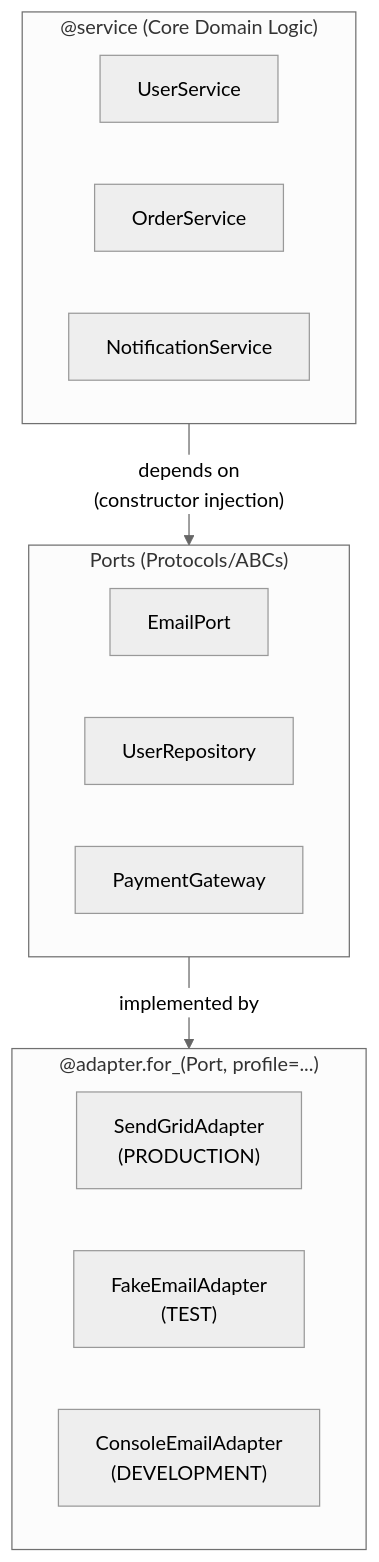
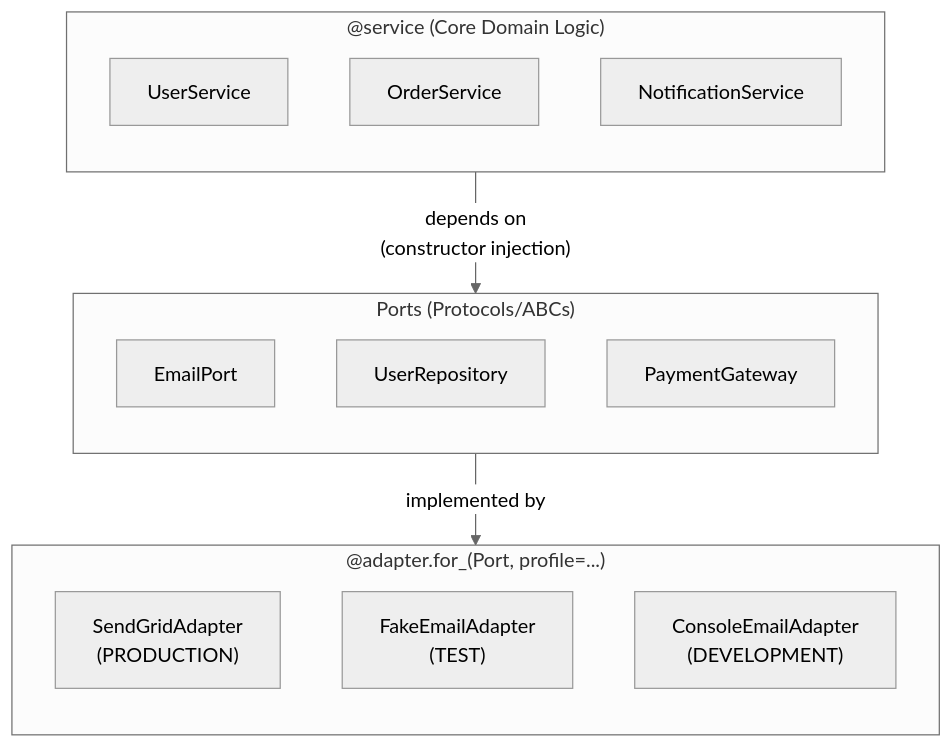
The diagram in docs/user_guide/hexagonal_architecture.md (mikelane/dioxide), drawn with Mermaid (neutral theme) before and after one commit. The commit also changed 2 other files, not shown here.

Commit message:
docs: replace broken ASCII diagrams with responsive Mermaid (#418)
- Replace ASCII 'Mental Model' diagram in services-vs-adapters.md with Mermaid
- Replace ASCII 'Architecture Layers' diagram in MLP_VISION.md with Mermaid
- Fix Mermaid responsiveness in hexagonal_architecture.md by changing
  subgraph direction from LR to TB for better narrow viewport rendering

````diff
--- a/docs/user_guide/hexagonal_architecture.md
+++ b/docs/user_guide/hexagonal_architecture.md
@@ -438,26 +438,26 @@
 ```{mermaid}
 flowchart TB
     subgraph services["@service (Core Domain Logic)"]
-        direction LR
+        direction TB
         US[UserService]
         OS[OrderService]
         NS[NotificationService]
     end
 
     subgraph ports["Ports (Protocols/ABCs)"]
-        direction LR
+        direction TB
         EP[EmailPort]
         UR[UserRepository]
         PG[PaymentGateway]
     end
 
     subgraph adapters["@adapter.for_(Port, profile=...)"]
-        direction LR
+        direction TB
         SG["SendGridAdapter<br/>(PRODUCTION)"]
         FE["FakeEmailAdapter<br/>(TEST)"]
         CE["ConsoleEmailAdapter<br/>(DEVELOPMENT)"]
     end
 
     services -->|"depends on<br/>(constructor injection)"| ports
     ports -->|"implemented by"| adapters
 ```
````
